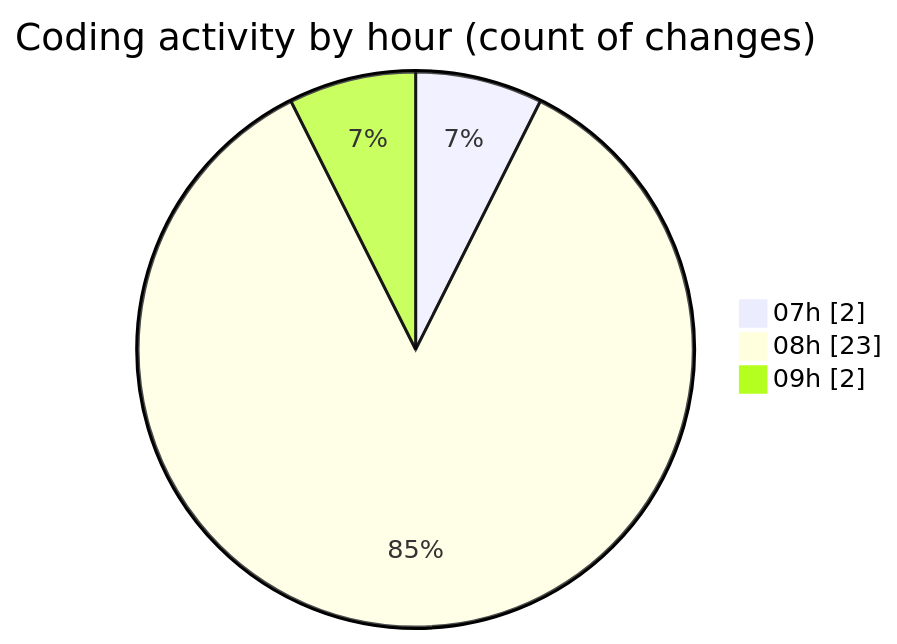
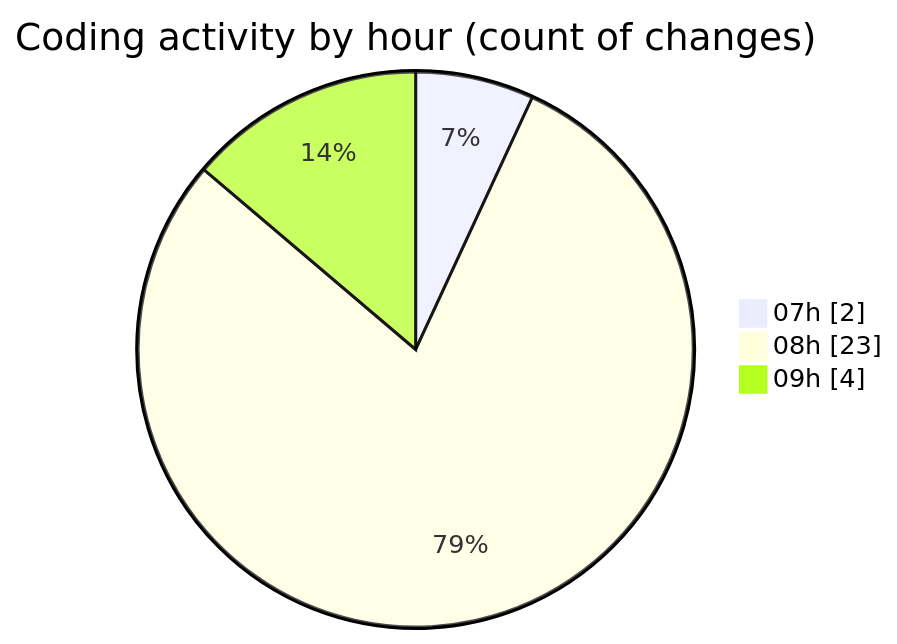
The second of 2 diagrams in 2025-01-09/nueva_carpeta/README.md (LanceThiago/code-tracking), drawn with Mermaid before and after one commit. The commit also changed other lines of this file and 1 other file, not shown here.

````diff
--- a/2025-01-09/nueva_carpeta/README.md
+++ b/2025-01-09/nueva_carpeta/README.md
@@ -28,7 +28,7 @@
 ```mermaid
 pie showData
 title Coding activity by hour (count of changes)
 "07h" : 2
 "08h" : 23
-"09h" : 2
+"09h" : 4
 ```
````
